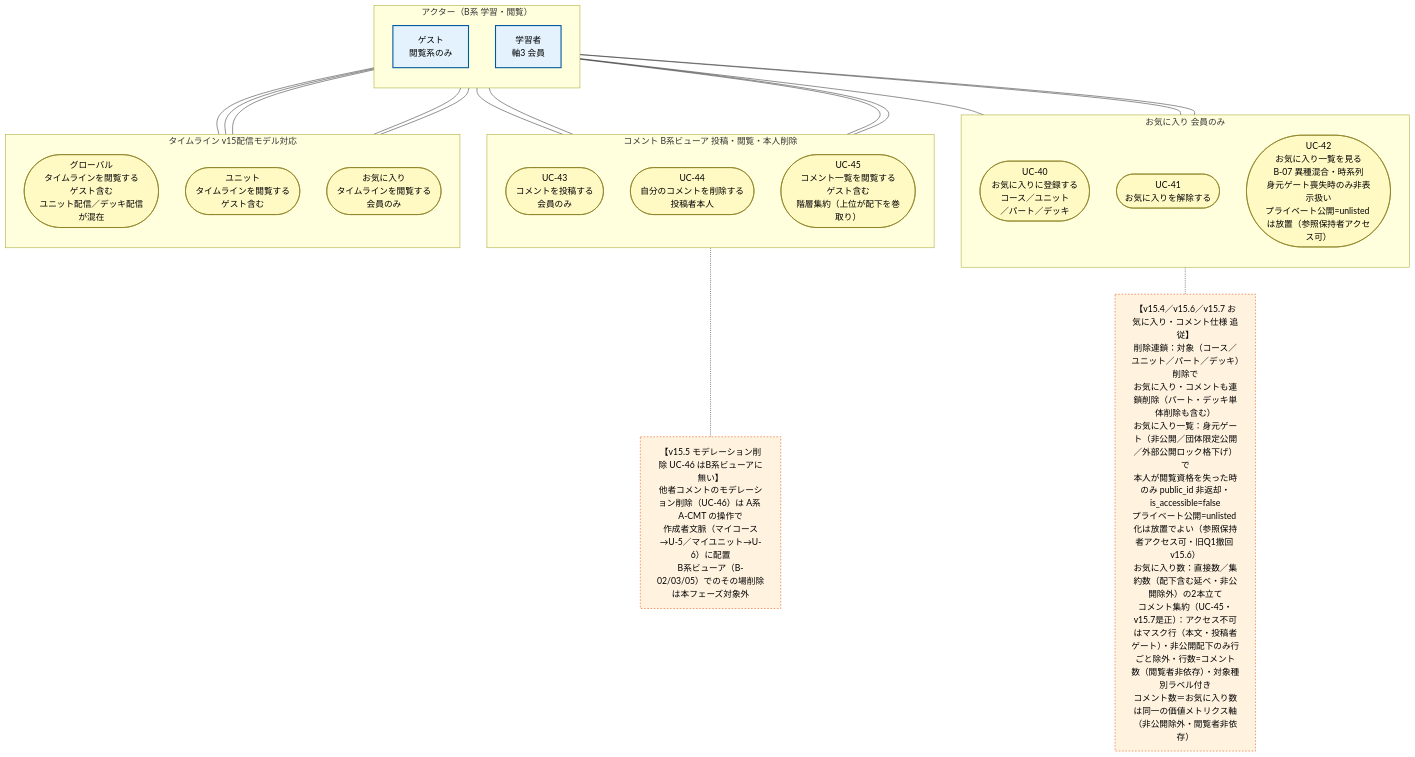
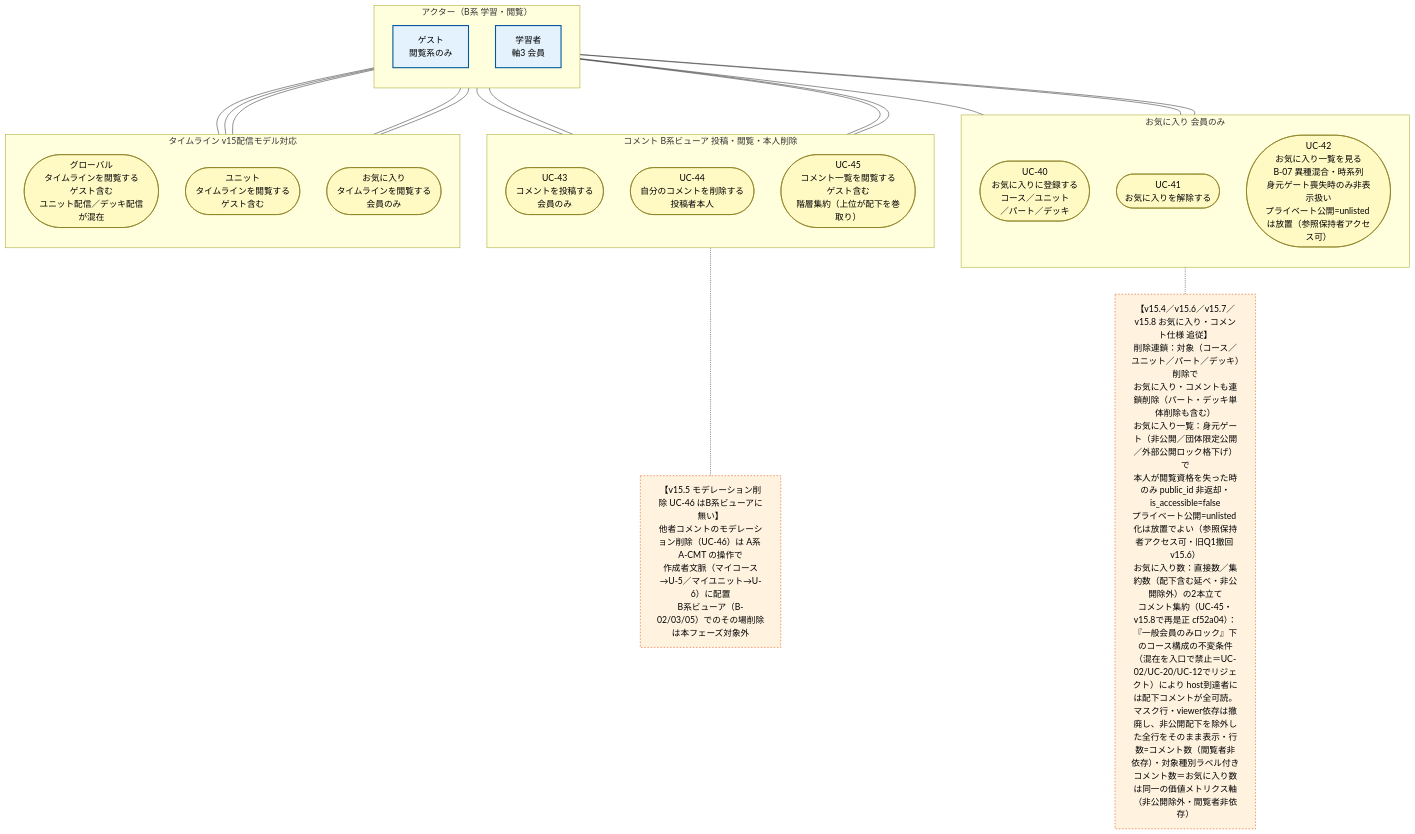
One commit to topicmaker-git/Pages changed the diagram in choi/学習者アプリ_ユースケース図/学習者アプリ_ユースケース図_U4_お気に入りコメントタイムライン.mmd. Above: the diagram before and after it, drawn with Mermaid. The commit also changed 9 other files, not shown here.

```diff
--- a/choi/学習者アプリ_ユースケース図/学習者アプリ_ユースケース図_U4_お気に入りコメントタイムライン.mmd
+++ b/choi/学習者アプリ_ユースケース図/学習者アプリ_ユースケース図_U4_お気に入りコメントタイムライン.mmd
@@ -1,55 +1,55 @@
 flowchart TB
 
 classDef actor fill:#e3f2fd,stroke:#01579b,stroke-width:2px,color:#000
 classDef uc fill:#fff9c4,stroke:#827717,stroke-width:1px,color:#000
 classDef note fill:#fff3e0,stroke:#e65100,stroke-width:1px,stroke-dasharray:3 3,color:#000
 
 subgraph A_Actors["アクター（B系 学習・閲覧）"]
     direction TB
     Guest["ゲスト<br/>閲覧系のみ"]:::actor
     Learner["学習者<br/>軸3 会員"]:::actor
 end
 
 subgraph UC_Fav["お気に入り 会員のみ"]
     direction TB
     UC40(["UC-40<br/>お気に入りに登録する<br/>コース／ユニット<br/>／パート／デッキ"])
     UC41(["UC-41<br/>お気に入りを解除する"])
     UC42(["UC-42<br/>お気に入り一覧を見る<br/>B-07 異種混合・時系列<br/>身元ゲート喪失時のみ非表示扱い<br/>プライベート公開=unlisted は放置（参照保持者アクセス可）"])
 end
 
 subgraph UC_Comment["コメント B系ビューア 投稿・閲覧・本人削除"]
     direction TB
     UC43(["UC-43<br/>コメントを投稿する<br/>会員のみ"])
     UC44(["UC-44<br/>自分のコメントを削除する<br/>投稿者本人"])
     UC45(["UC-45<br/>コメント一覧を閲覧する<br/>ゲスト含む<br/>階層集約（上位が配下を巻取り）"])
 end
 
 subgraph UC_Timeline["タイムライン v15配信モデル対応"]
     direction TB
     UCTLAll(["グローバル<br/>タイムラインを閲覧する<br/>ゲスト含む<br/>ユニット配信／デッキ配信が混在"])
     UCTLUnit(["ユニット<br/>タイムラインを閲覧する<br/>ゲスト含む"])
     UCTLFav(["お気に入り<br/>タイムラインを閲覧する<br/>会員のみ"])
 end
 
-NoteV154["【v15.4／v15.6／v15.7 お気に入り・コメント仕様 追従】<br/>削除連鎖：対象（コース／ユニット／パート／デッキ）削除で<br/>お気に入り・コメントも連鎖削除（パート・デッキ単体削除も含む）<br/>お気に入り一覧：身元ゲート（非公開／団体限定公開／外部公開ロック格下げ）で<br/>本人が閲覧資格を失った時のみ public_id 非返却・is_accessible=false<br/>プライベート公開=unlisted 化は放置でよい（参照保持者アクセス可・旧Q1撤回 v15.6）<br/>お気に入り数：直接数／集約数（配下含む延べ・非公開除外）の2本立て<br/>コメント集約（UC-45・v15.7是正）：アクセス不可はマスク行（本文・投稿者ゲート）・非公開配下のみ行ごと除外・行数=コメント数（閲覧者非依存）・対象種別ラベル付き<br/>コメント数＝お気に入り数は同一の価値メトリクス軸（非公開除外・閲覧者非依存）"]:::note
+NoteV154["【v15.4／v15.6／v15.7／v15.8 お気に入り・コメント仕様 追従】<br/>削除連鎖：対象（コース／ユニット／パート／デッキ）削除で<br/>お気に入り・コメントも連鎖削除（パート・デッキ単体削除も含む）<br/>お気に入り一覧：身元ゲート（非公開／団体限定公開／外部公開ロック格下げ）で<br/>本人が閲覧資格を失った時のみ public_id 非返却・is_accessible=false<br/>プライベート公開=unlisted 化は放置でよい（参照保持者アクセス可・旧Q1撤回 v15.6）<br/>お気に入り数：直接数／集約数（配下含む延べ・非公開除外）の2本立て<br/>コメント集約（UC-45・v15.8で再是正 cf52a04）：『一般会員のみロック』下のコース構成の不変条件（混在を入口で禁止＝UC-02/UC-20/UC-12でリジェクト）により host到達者には配下コメントが全可読。マスク行・viewer依存は撤廃し、非公開配下を除外した全行をそのまま表示・行数=コメント数（閲覧者非依存）・対象種別ラベル付き<br/>コメント数＝お気に入り数は同一の価値メトリクス軸（非公開除外・閲覧者非依存）"]:::note
 
 NoteMod["【v15.5 モデレーション削除 UC-46 はB系ビューアに無い】<br/>他者コメントのモデレーション削除（UC-46）は A系 A-CMT の操作で<br/>作成者文脈（マイコース→U-5／マイユニット→U-6）に配置<br/>B系ビューア（B-02/03/05）でのその場削除は本フェーズ対象外"]:::note
 
 Guest --- UC45
 Guest --- UCTLAll
 Guest --- UCTLUnit
 
 Learner --- UC40
 Learner --- UC41
 Learner --- UC42
 Learner --- UC43
 Learner --- UC44
 Learner --- UC45
 Learner --- UCTLAll
 Learner --- UCTLUnit
 Learner --- UCTLFav
 
 UC42 -.- NoteV154
 UC45 -.- NoteMod
 
 class UC40,UC41,UC42,UC43,UC44,UC45,UCTLAll,UCTLUnit,UCTLFav uc
```
